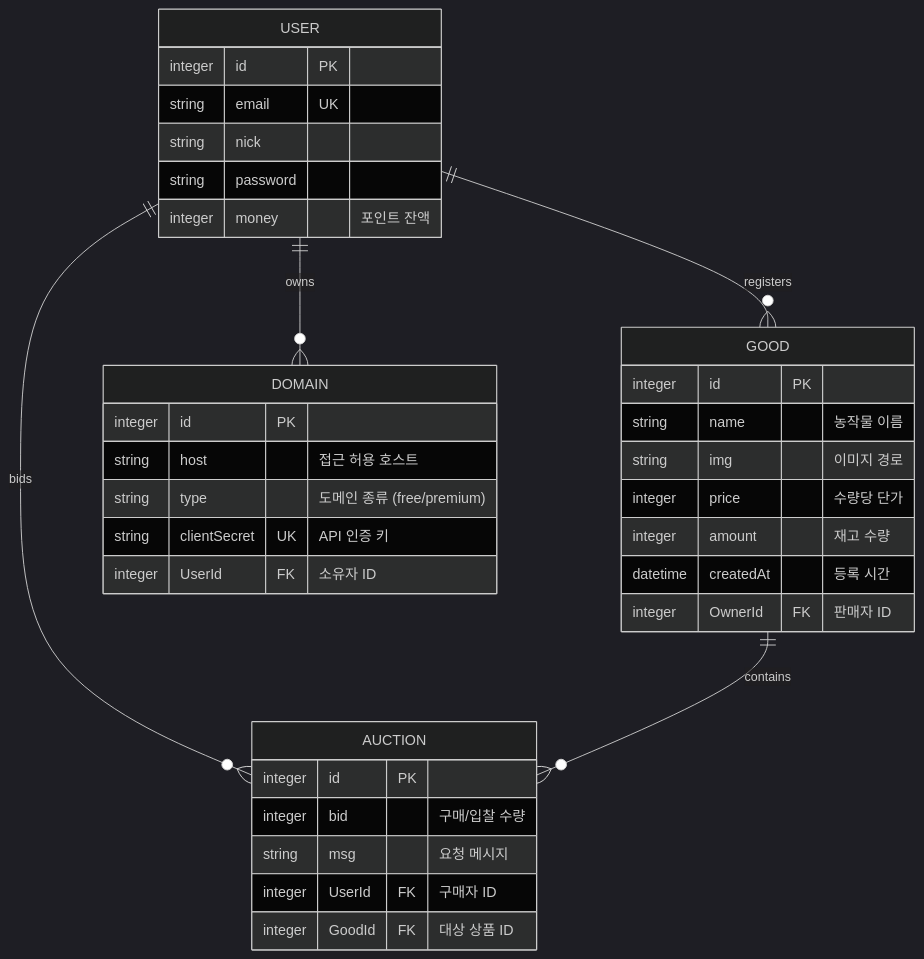
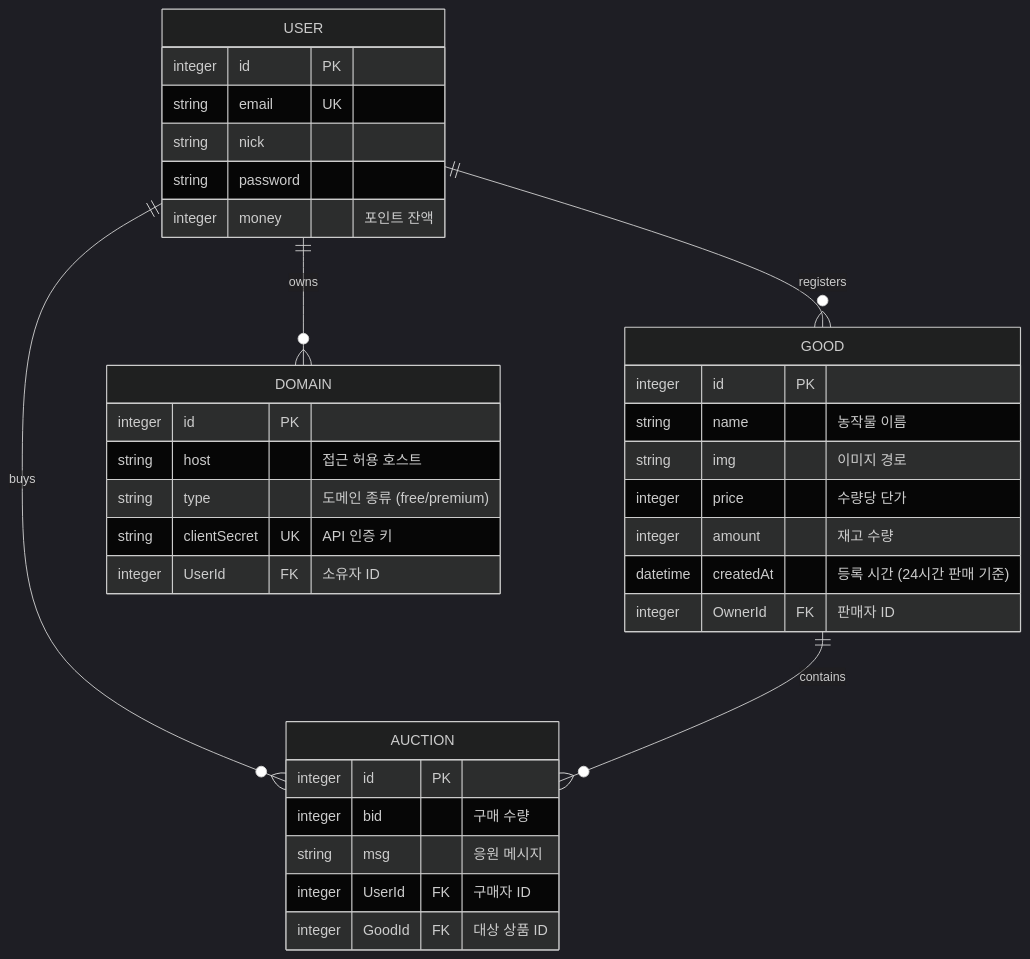
One commit to Kim-jin-gwang/Jukini-Market changed the first of 2 diagrams in README.md. Above: the diagram before and after it, drawn with Mermaid (dark theme). The commit also changed other lines of this file and 74 other files, not shown here.

````diff
--- a/README.md
+++ b/README.md
@@ -58,38 +66,38 @@
 ```mermaid
 erDiagram
     USER ||--o{ GOOD : "registers"
-    USER ||--o{ AUCTION : "bids"
+    USER ||--o{ AUCTION : "buys"
     USER ||--o{ DOMAIN : "owns"
     GOOD ||--o{ AUCTION : "contains"
-    
+
     USER {
         integer id PK
         string email UK
         string nick
         string password
         integer money "포인트 잔액"
     }
     GOOD {
         integer id PK
         string name "농작물 이름"
         string img "이미지 경로"
         integer price "수량당 단가"
         integer amount "재고 수량"
-        datetime createdAt "등록 시간"
+        datetime createdAt "등록 시간 (24시간 판매 기준)"
         integer OwnerId FK "판매자 ID"
     }
     AUCTION {
         integer id PK
-        integer bid "구매/입찰 수량"
-        string msg "요청 메시지"
+        integer bid "구매 수량"
+        string msg "응원 메시지"
         integer UserId FK "구매자 ID"
         integer GoodId FK "대상 상품 ID"
     }
     DOMAIN {
         integer id PK
         string host "접근 허용 호스트"
         string type "도메인 종류 (free/premium)"
         string clientSecret UK "API 인증 키"
         integer UserId FK "소유자 ID"
     }
 ```
````
